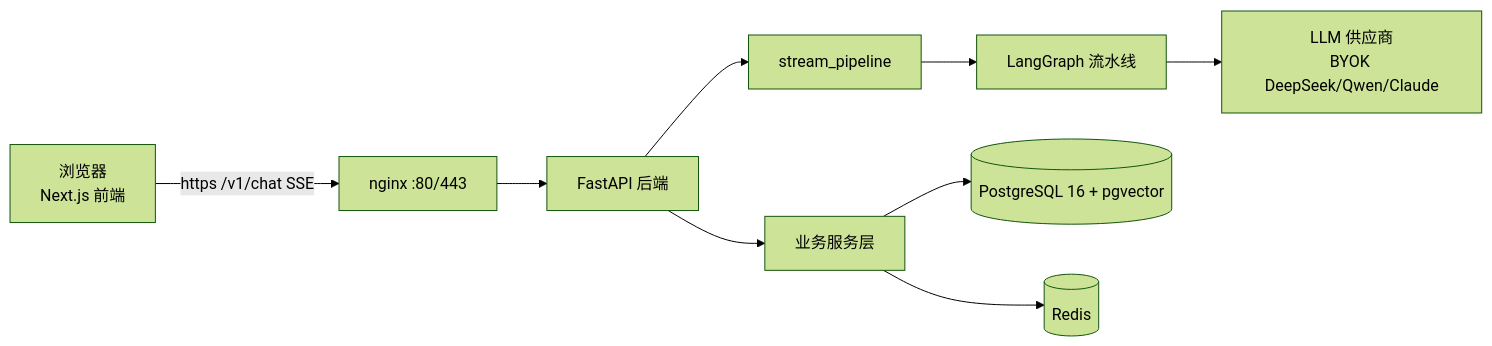
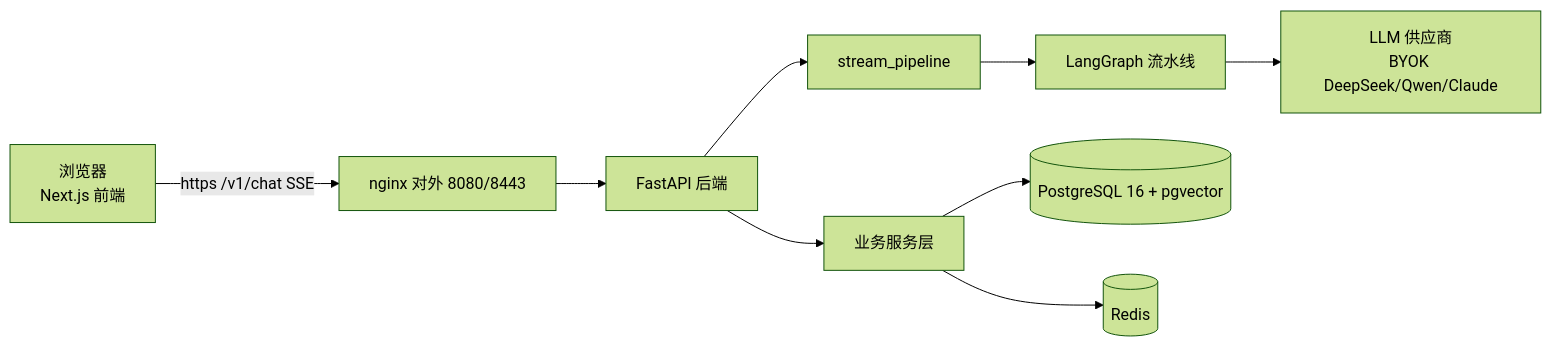
The first of 2 diagrams in README.md (ZX466/novel-agent), drawn with Mermaid (forest theme) before and after one commit. The commit also changed other lines of this file and 3 other files, not shown here.

````diff
--- a/README.md
+++ b/README.md
@@ -109,11 +109,11 @@
 ```mermaid
 flowchart LR
-    U[浏览器<br/>Next.js 前端] -->|https /v1/chat SSE| NG[nginx :80/443]
+    U[浏览器<br/>Next.js 前端] -->|https /v1/chat SSE| NG[nginx 对外 8080/8443]
     NG --> BA[FastAPI 后端]
     BA --> PS[stream_pipeline]
     PS --> PL[LangGraph 流水线]
     PL --> LLM[LLM 供应商<br/>BYOK DeepSeek/Qwen/Claude]
     BA --> SRV[业务服务层]
     SRV --> DB[(PostgreSQL 16 + pgvector)]
     SRV --> RD[(Redis)]
 ```
````
